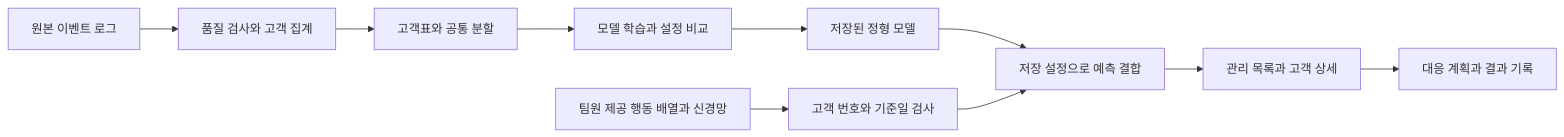
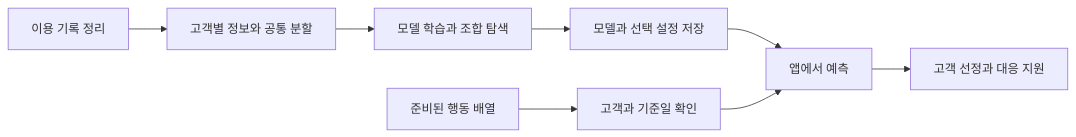
Before and after one commit to SKNETWORKS-FAMILY-AICAMP/SKN37-2ST-4TEAM: the second of 2 diagrams in README.md, drawn with Mermaid. The commit also changed other lines of this file, not shown here.

````diff
--- a/README.md
+++ b/README.md
@@ -368,12 +425,10 @@
 ```mermaid
 flowchart LR
-    A[원본 이벤트 로그] --> B[품질 검사와 고객 집계]
-    B --> C[고객표와 공통 분할]
-    C --> D[모델 학습과 설정 비교]
-    D --> E[저장된 정형 모델]
-    F[팀원 제공 행동 배열과 신경망] --> G[고객 번호와 기준일 검사]
-    E --> H[저장 설정으로 예측 결합]
-    G --> H
-    H --> I[관리 목록과 고객 상세]
-    I --> J[대응 계획과 결과 기록]
+    A[이용 기록 정리] --> B[고객별 정보와 공통 분할]
+    B --> C[모델 학습과 조합 탐색]
+    C --> D[모델과 선택 설정 저장]
+    E[준비된 행동 배열] --> F[고객과 기준일 확인]
+    D --> G[앱에서 예측]
+    F --> G
+    G --> H[고객 선정과 대응 지원]
 ```
````
